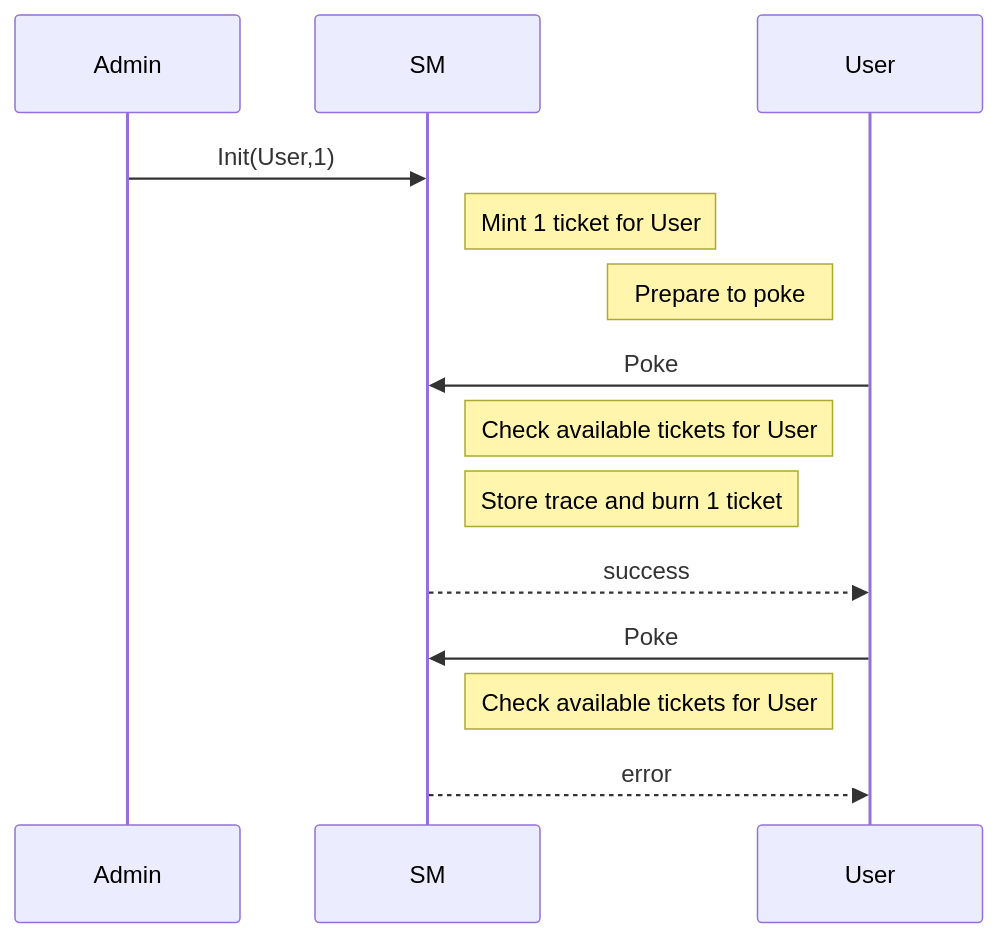
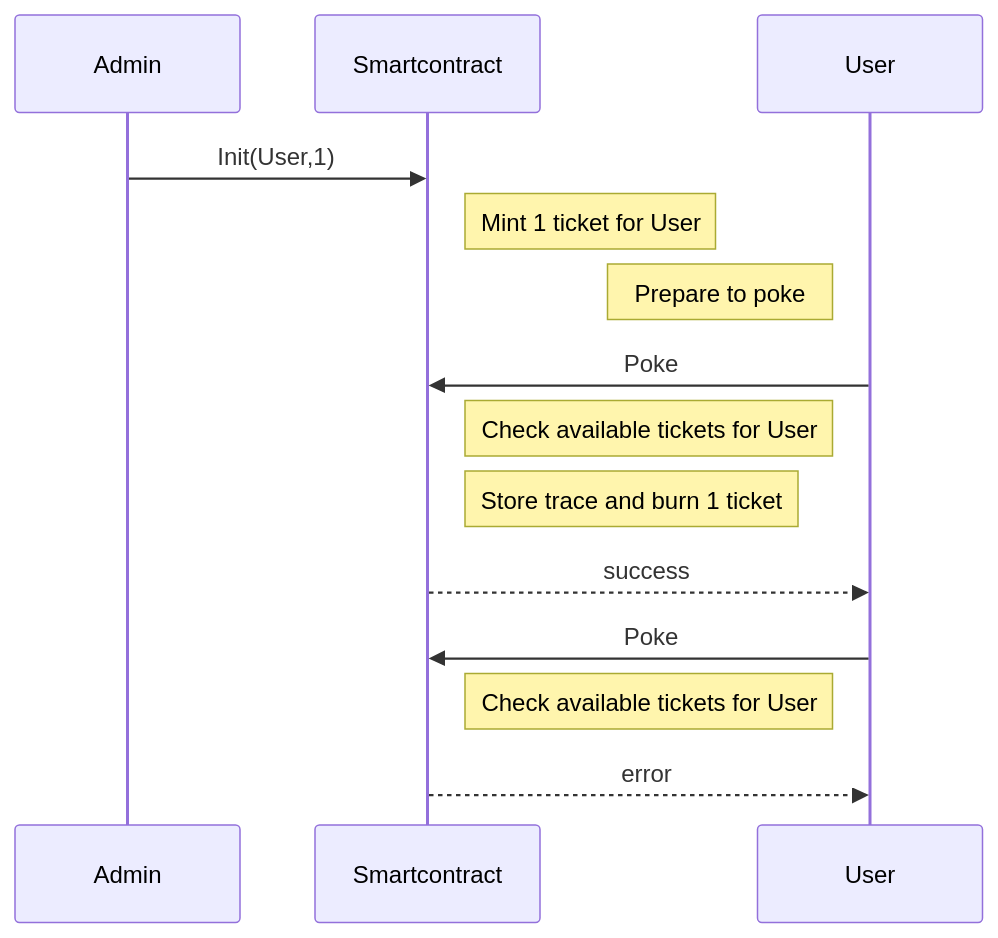
Before and after one commit to marigold-dev/training-dapp-3: the diagram in README.md, drawn with Mermaid. The commit also changed other lines of this file and 5 other files, not shown here.

````diff
--- a/README.md
+++ b/README.md
@@ -23,13 +18,13 @@
 ```mermaid
 sequenceDiagram
-  Admin->>SM : Init(User,1)
-  Note right of SM : Mint 1 ticket for User
+  Admin->>Smartcontract : Init(User,1)
+  Note right of Smartcontract : Mint 1 ticket for User
   Note left of User : Prepare to poke
-  User->>SM : Poke
-  Note right of SM : Check available tickets for User
-  Note right of SM : Store trace and burn 1 ticket
-  SM-->>User : success
-  User->>SM : Poke
-  Note right of SM : Check available tickets for User
-  SM-->>User : error
+  User->>Smartcontract : Poke
+  Note right of Smartcontract : Check available tickets for User
+  Note right of Smartcontract : Store trace and burn 1 ticket
+  Smartcontract-->>User : success
+  User->>Smartcontract : Poke
+  Note right of Smartcontract : Check available tickets for User
+  Smartcontract-->>User : error
 ```
````
